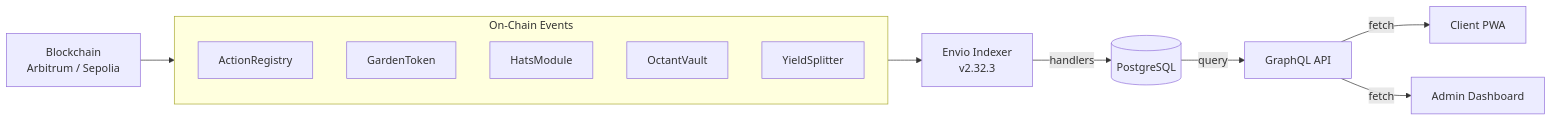
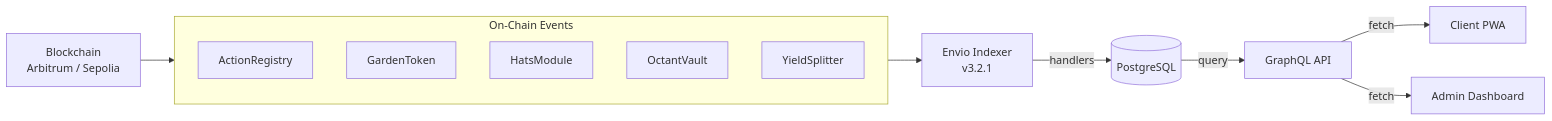
Before and after one commit to greenpill-dev-guild/green-goods: the diagram in docs/docs/builders/packages/indexer.mdx, drawn with Mermaid. The commit also changed other lines of this file and 72 other files, not shown here.

````diff
--- a/docs/docs/builders/packages/indexer.mdx
+++ b/docs/docs/builders/packages/indexer.mdx
@@ -22,17 +22,17 @@
 ```mermaid
 graph LR
     subgraph Events["On-Chain Events"]
         E1["ActionRegistry"]
         E2["GardenToken"]
         E3["HatsModule"]
         E4["OctantVault"]
         E5["YieldSplitter"]
     end
 
     Chain["Blockchain\nArbitrum / Sepolia"] --> Events
-    Events --> Envio["Envio Indexer\nv2.32.3"]
+    Events --> Envio["Envio Indexer\nv3.2.1"]
     Envio -->|handlers| PG[("PostgreSQL")]
     PG -->|query| GQL["GraphQL API"]
     GQL -->|fetch| Client["Client PWA"]
     GQL -->|fetch| Admin["Admin Dashboard"]
 ```
````
